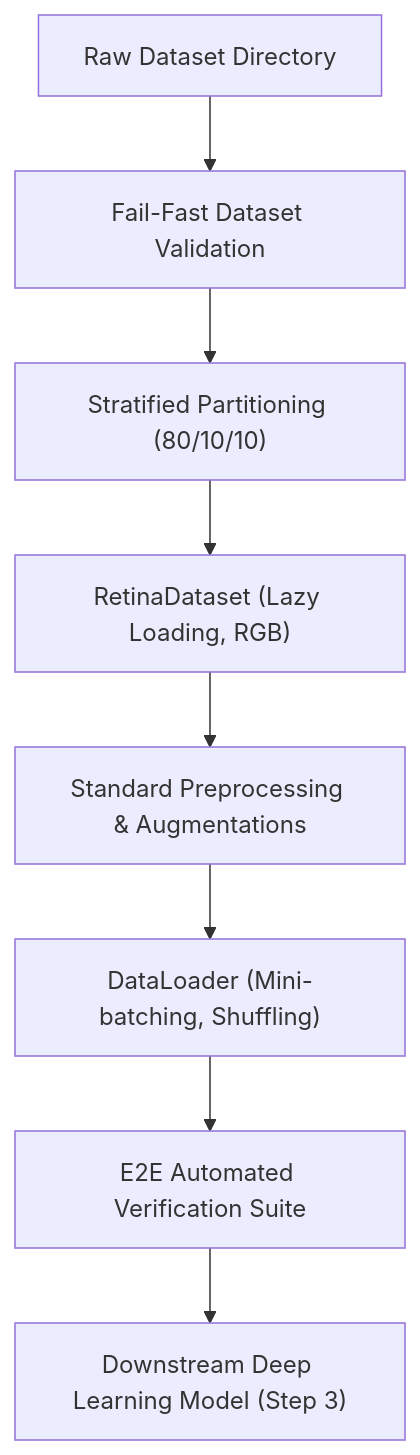
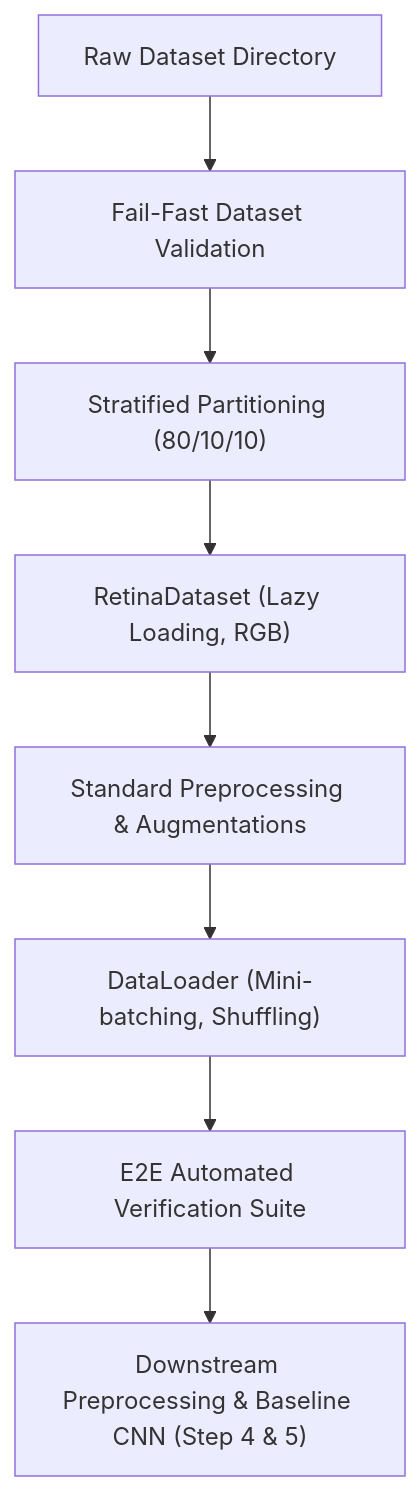
The diagram in research/Volume_02_Data_Pipeline/09_Step2_Summary.md (Dr-Venom29/FusionMedAI), drawn with Mermaid before and after one commit. The commit also changed other lines of this file and 64 other files, not shown here.

````diff
--- a/research/Volume_02_Data_Pipeline/09_Step2_Summary.md
+++ b/research/Volume_02_Data_Pipeline/09_Step2_Summary.md
@@ -12,10 +12,10 @@
 ```mermaid
 graph TD
     Raw["Raw Dataset Directory"] --> Validation["Fail-Fast Dataset Validation"]
     Validation --> Split["Stratified Partitioning (80/10/10)"]
     Split --> Dataset["RetinaDataset (Lazy Loading, RGB)"]
     Dataset --> Transforms["Standard Preprocessing & Augmentations"]
     Transforms --> Dataloader["DataLoader (Mini-batching, Shuffling)"]
     Dataloader --> Verification["E2E Automated Verification Suite"]
-    Verification --> Model["Downstream Deep Learning Model (Step 3)"]
+    Verification --> Model["Downstream Preprocessing & Baseline CNN (Step 4 & 5)"]
 ```
````
